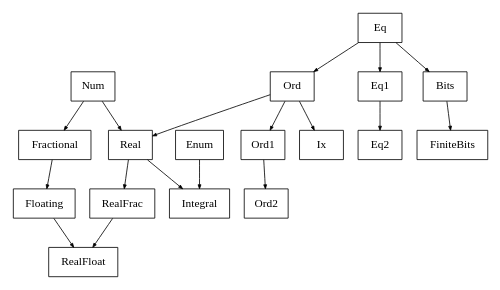
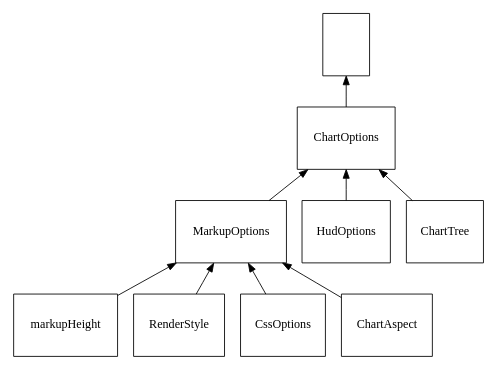
One commit to tonyday567/dotparse changed the diagram in other/repro.dot. Above: the diagram before and after it, drawn with Graphviz. The commit also changed 10 other files, not shown here.

```diff
--- a/other/repro.dot
+++ b/other/repro.dot
@@ -1,40 +1,23 @@
 digraph {
-    node [height=0.5;shape=box]
-    graph [overlap=false;size="5!";splines=spline]
-    edge [arrowsize=0.5]
-    rankdir="TB"
-    "RealFrac"
-    "RealFloat"
-    "Real"
-    "Ord2"
-    "Ord1"
-    "Ord"
-    "Num"
-    "Ix"
-    "Integral"
-    "Fractional"
-    "Floating"
-    "FiniteBits"
-    "Eq2"
-    "Eq1"
-    "Eq"
-    "Enum"
-    "Bits"
-    "RealFrac" -> "RealFloat"
-    "Real" -> "RealFrac"
-    "Real" -> "Integral"
-    "Ord1" -> "Ord2"
-    "Ord" -> "Real"
-    "Ord" -> "Ord1"
-    "Ord" -> "Ix"
-    "Num" -> "Real"
-    "Num" -> "Fractional"
-    "Fractional" -> "Floating"
-    "Floating" -> "RealFloat"
-    "Eq1" -> "Eq2"
-    "Eq" -> "Ord"
-    "Eq" -> "Eq1"
-    "Eq" -> "Bits"
-    "Enum" -> "Integral"
-    "Bits" -> "FiniteBits"
+    node [height=1;shape=box]
+    graph [overlap=false;size="5";splines=spline]
+    edge [arrowsize=1]
+    rankdir="BT"
+    "markupHeight"
+    "RenderStyle"
+    "MarkupOptions"
+    "HudOptions"
+    "CssOptions"
+    "ChartTree"
+    "ChartOptions"
+    "ChartAspect"
+    ""
+    "markupHeight" -> "MarkupOptions"
+    "RenderStyle" -> "MarkupOptions"
+    "MarkupOptions" -> "ChartOptions"
+    "HudOptions" -> "ChartOptions"
+    "CssOptions" -> "MarkupOptions"
+    "ChartTree" -> "ChartOptions"
+    "ChartOptions" -> ""
+    "ChartAspect" -> "MarkupOptions"
     }
```
